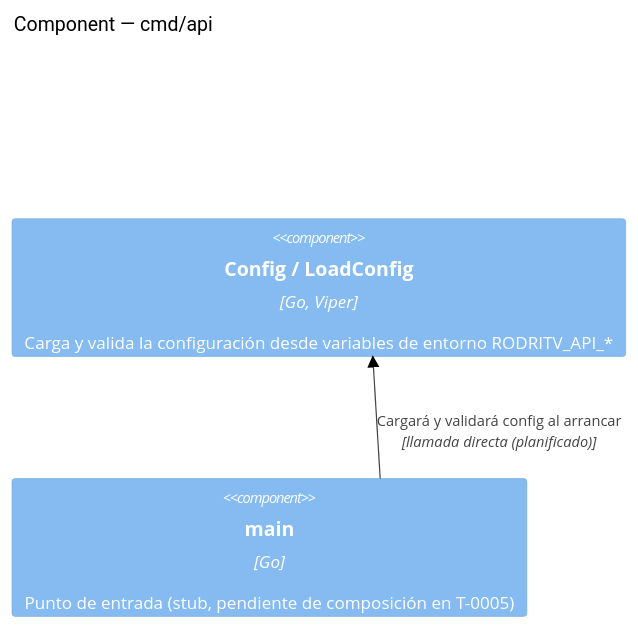
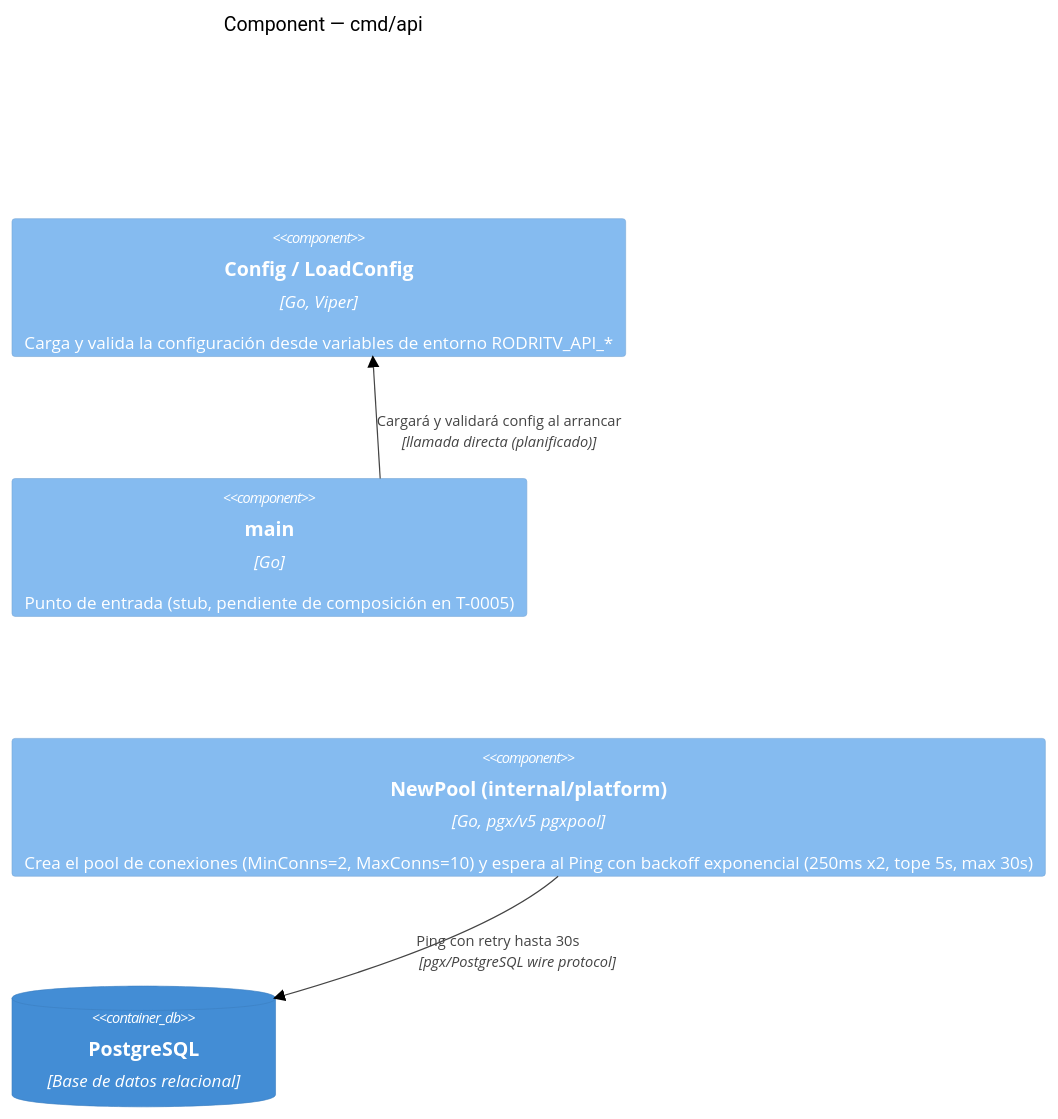
Before and after one commit to rodriez/RodriTV: the third of 3 diagrams in .sdlc/docs/architecture.md, drawn with Mermaid (neutral theme). The commit also changed other lines of this file and 5 other files, not shown here.

First line of the commit message:
[EPIC-0001|US-0001|T-0002]: Agregar pool pgx con retry y backoff

````diff
--- a/.sdlc/docs/architecture.md
+++ b/.sdlc/docs/architecture.md
@@ -43,9 +46,12 @@
 ```mermaid
 C4Component
     title Component — cmd/api
 
     Component(config, "Config / LoadConfig", "Go, Viper", "Carga y valida la configuración desde variables de entorno RODRITV_API_*")
     Component(main, "main", "Go", "Punto de entrada (stub, pendiente de composición en T-0005)")
+    Component(dbpool, "NewPool (internal/platform)", "Go, pgx/v5 pgxpool", "Crea el pool de conexiones (MinConns=2, MaxConns=10) y espera al Ping con backoff exponencial (250ms x2, tope 5s, max 30s)")
+    ContainerDb(pgdb, "PostgreSQL", "Base de datos relacional")
 
     Rel(main, config, "Cargará y validará config al arrancar", "llamada directa (planificado)")
+    Rel(dbpool, pgdb, "Ping con retry hasta 30s", "pgx/PostgreSQL wire protocol")
 ```
````
